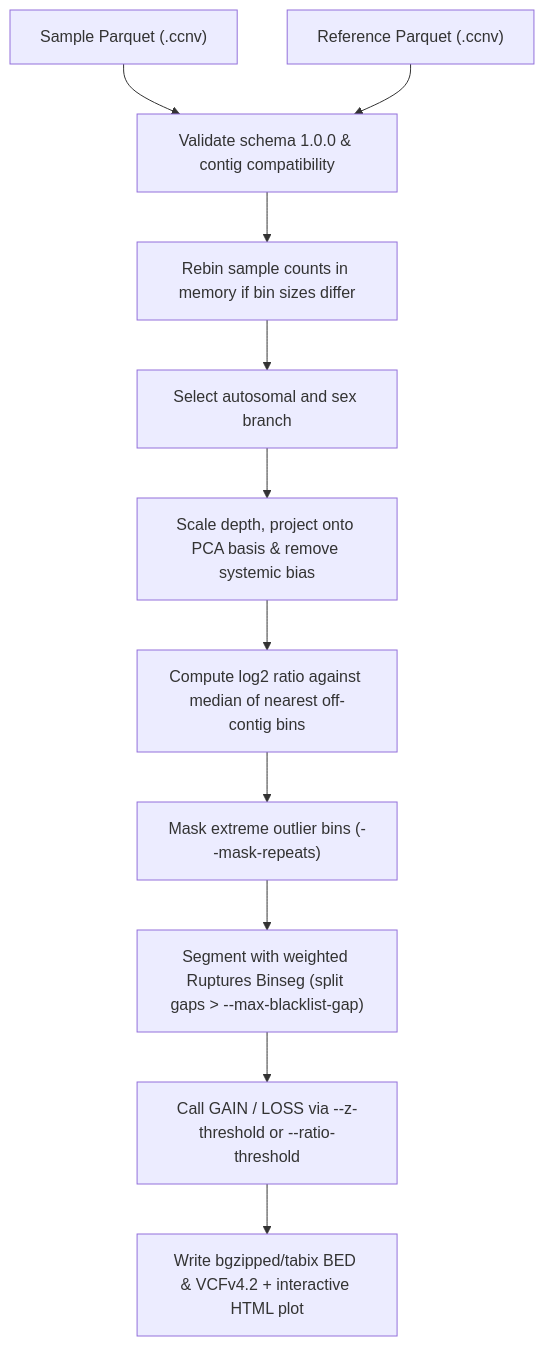
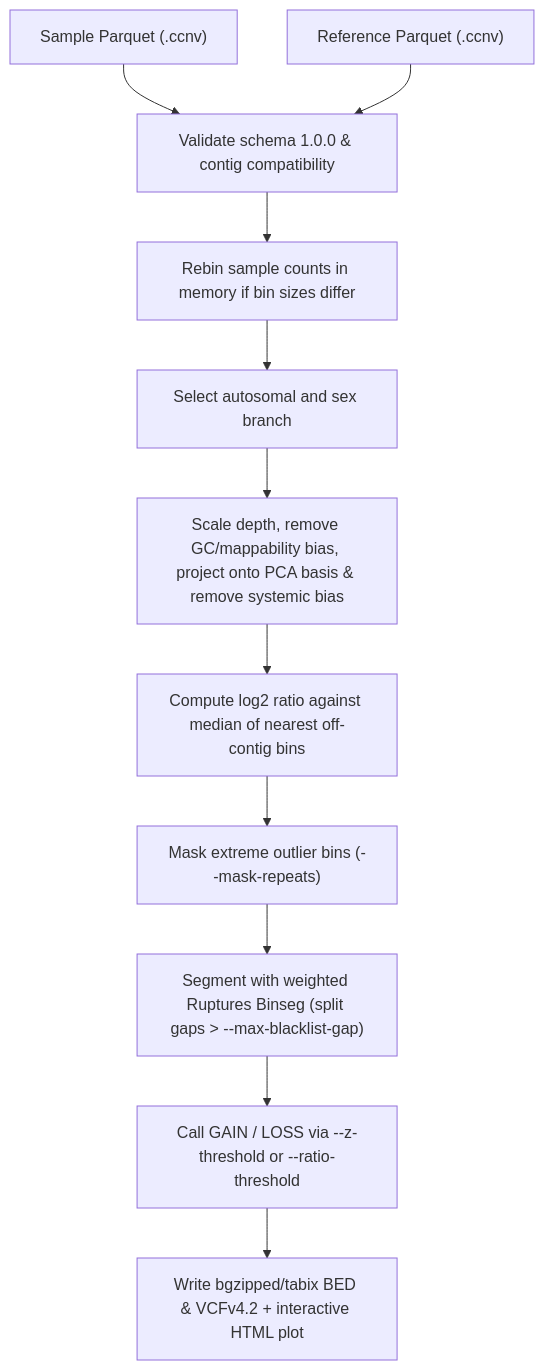
The fourth of 4 diagrams in docs/pipeline.md (matthdsm/ccnv), drawn with Mermaid before and after one commit. The commit also changed other lines of this file and 23 other files, not shown here.

````diff
--- a/docs/pipeline.md
+++ b/docs/pipeline.md
@@ -89,13 +91,13 @@
 ```mermaid
 flowchart TD
     InSample["Sample Parquet (<sample>.ccnv)"] --> LoadCompat["Validate schema 1.0.0 & contig compatibility"]
     InRef["Reference Parquet (<reference>.ccnv)"] --> LoadCompat
     LoadCompat --> RebinCheck["Rebin sample counts in memory if bin sizes differ"]
     RebinCheck --> BranchSelect["Select autosomal and sex branch"]
-    BranchSelect --> ProjectPCA["Scale depth, project onto PCA basis & remove systemic bias"]
+    BranchSelect --> ProjectPCA["Scale depth, remove GC/mappability bias, project onto PCA basis & remove systemic bias"]
     ProjectPCA --> MatchNearest["Compute log2 ratio against median of nearest off-contig bins"]
     MatchNearest --> IterativeMask["Mask extreme outlier bins (--mask-repeats)"]
     IterativeMask --> SegEngine["Segment with weighted Ruptures Binseg (split gaps > --max-blacklist-gap)"]
     SegEngine --> CallEvents["Call GAIN / LOSS via --z-threshold or --ratio-threshold"]
     CallEvents --> Outputs["Write bgzipped/tabix BED & VCFv4.2 + interactive HTML plot"]
 ```
````
